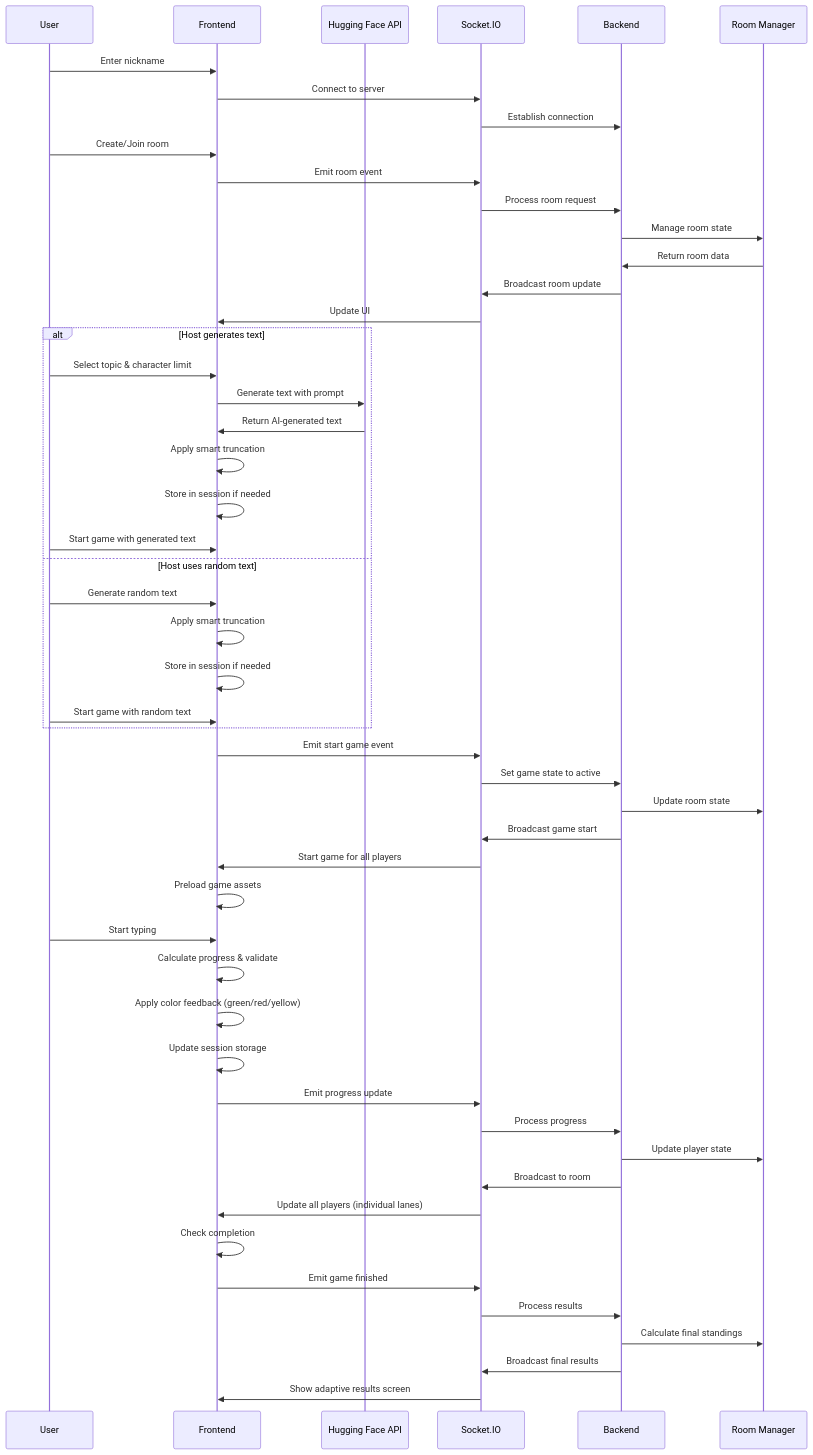
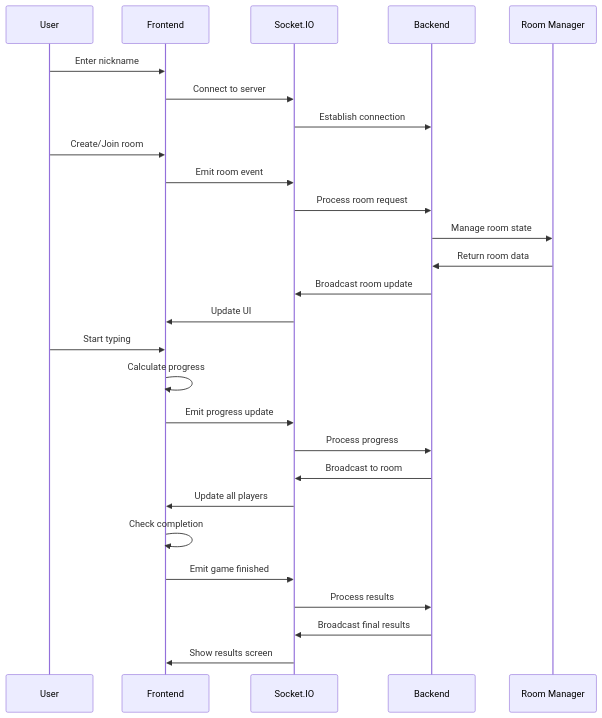
One commit to souzabruno01/CapyType-Race changed the second of 6 diagrams in capytype/ARCHITECTURE.md. Above: the diagram before and after it, drawn with Mermaid. The commit also changed other lines of this file and 1 other file, not shown here.

First line of the commit message:
Fix CORS issues for room validation endpoint

````diff
--- a/capytype/ARCHITECTURE.md
+++ b/capytype/ARCHITECTURE.md
@@ -115,59 +78,33 @@
 ```mermaid
 sequenceDiagram
     participant U as User
     participant F as Frontend
-    participant AI as Hugging Face API
     participant S as Socket.IO
     participant B as Backend
     participant R as Room Manager
     
     U->>F: Enter nickname
     F->>S: Connect to server
     S->>B: Establish connection
     
     U->>F: Create/Join room
     F->>S: Emit room event
     S->>B: Process room request
     B->>R: Manage room state
     R->>B: Return room data
     B->>S: Broadcast room update
     S->>F: Update UI
     
-    alt Host generates text
-        U->>F: Select topic & character limit
-        F->>AI: Generate text with prompt
-        AI->>F: Return AI-generated text
-        F->>F: Apply smart truncation
-        F->>F: Store in session if needed
-        U->>F: Start game with generated text
-    else Host uses random text
-        U->>F: Generate random text
-        F->>F: Apply smart truncation
-        F->>F: Store in session if needed
-        U->>F: Start game with random text
-    end
-    
-    F->>S: Emit start game event
-    S->>B: Set game state to active
-    B->>R: Update room state
-    B->>S: Broadcast game start
-    S->>F: Start game for all players
-    F->>F: Preload game assets
-    
     U->>F: Start typing
-    F->>F: Calculate progress & validate
-    F->>F: Apply color feedback (green/red/yellow)
-    F->>F: Update session storage
+    F->>F: Calculate progress
     F->>S: Emit progress update
     S->>B: Process progress
-    B->>R: Update player state
     B->>S: Broadcast to room
-    S->>F: Update all players (individual lanes)
+    S->>F: Update all players
     
     F->>F: Check completion
     F->>S: Emit game finished
     S->>B: Process results
-    B->>R: Calculate final standings
     B->>S: Broadcast final results
-    S->>F: Show adaptive results screen
+    S->>F: Show results screen
 ```
````
